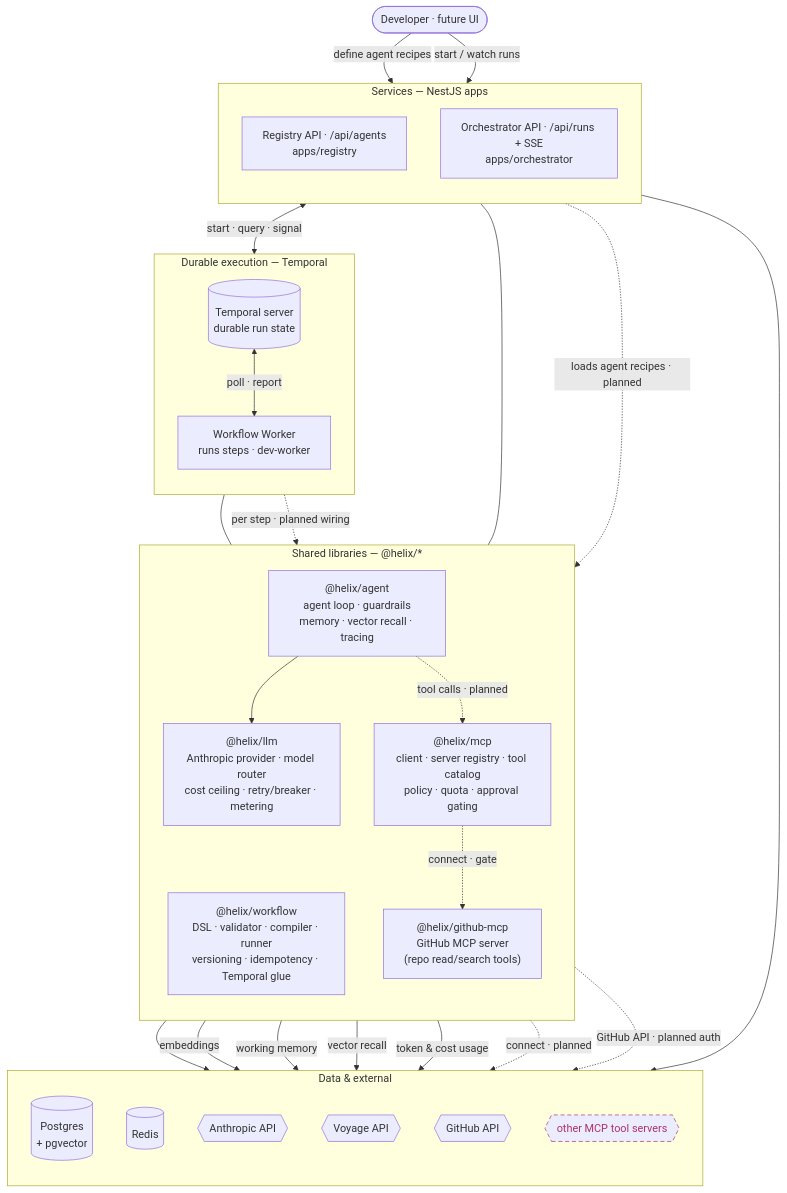
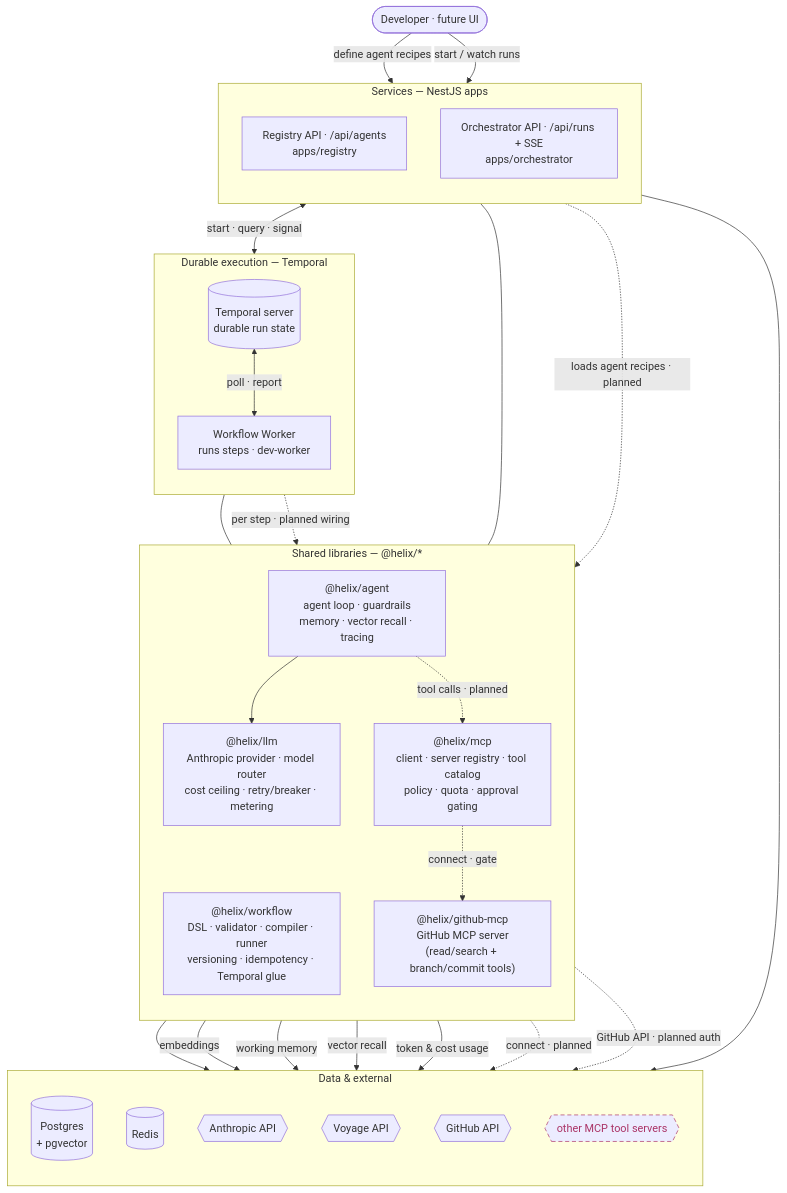
Before and after one commit to shhashhank/helix: the first of 2 diagrams in docs/ARCHITECTURE.md, drawn with Mermaid. The commit also changed 9 other files, not shown here.

First line of the commit message:
HELIX-87: GitHub MCP server — branch/commit/push tools (#48)

````diff
--- a/docs/ARCHITECTURE.md
+++ b/docs/ARCHITECTURE.md
@@ -16,58 +16,58 @@
 ```mermaid
 flowchart TB
   user([Developer · future UI])
 
   subgraph svc["Services — NestJS apps"]
     direction TB
     reg["Registry API · /api/agents<br/>apps/registry"]
     orc["Orchestrator API · /api/runs + SSE<br/>apps/orchestrator"]
   end
 
   subgraph dur["Durable execution — Temporal"]
     direction TB
     tmp[("Temporal server<br/>durable run state")]
     wkr["Workflow Worker<br/>runs steps · dev-worker"]
   end
 
   subgraph lib["Shared libraries — @helix/*"]
     direction TB
     wf["@helix/workflow<br/>DSL · validator · compiler · runner<br/>versioning · idempotency · Temporal glue"]
     ag["@helix/agent<br/>agent loop · guardrails<br/>memory · vector recall · tracing"]
     lm["@helix/llm<br/>Anthropic provider · model router<br/>cost ceiling · retry/breaker · metering"]
     mc["@helix/mcp<br/>client · server registry · tool catalog<br/>policy · quota · approval gating"]
-    gh["@helix/github-mcp<br/>GitHub MCP server<br/>(repo read/search tools)"]
+    gh["@helix/github-mcp<br/>GitHub MCP server<br/>(read/search + branch/commit tools)"]
   end
 
   subgraph dat["Data & external"]
     direction TB
     pg[("Postgres<br/>+ pgvector")]
     rd[("Redis")]
     an{{Anthropic API}}
     vo{{Voyage API}}
     gha{{GitHub API}}
     ext{{other MCP tool servers}}
   end
 
   user -->|define agent recipes| reg
   user -->|start / watch runs| orc
   reg --> pg
   orc <-->|start · query · signal| tmp
   tmp <-->|poll · report| wkr
   wkr --- wf
   orc --- wf
   wkr -.->|per step · planned wiring| ag
   reg -.->|loads agent recipes · planned| ag
   ag --> lm
   ag -.->|tool calls · planned| mc
   lm --> an
   ag -->|embeddings| vo
   ag -->|working memory| rd
   ag -->|vector recall| pg
   lm -->|token & cost usage| pg
   mc -.->|connect · gate| gh
   mc -.->|connect · planned| ext
   gh -.->|GitHub API · planned auth| gha
 
   classDef planned stroke-dasharray:6 4,stroke:#a36,color:#a36;
   class ext planned;
 ```
````
